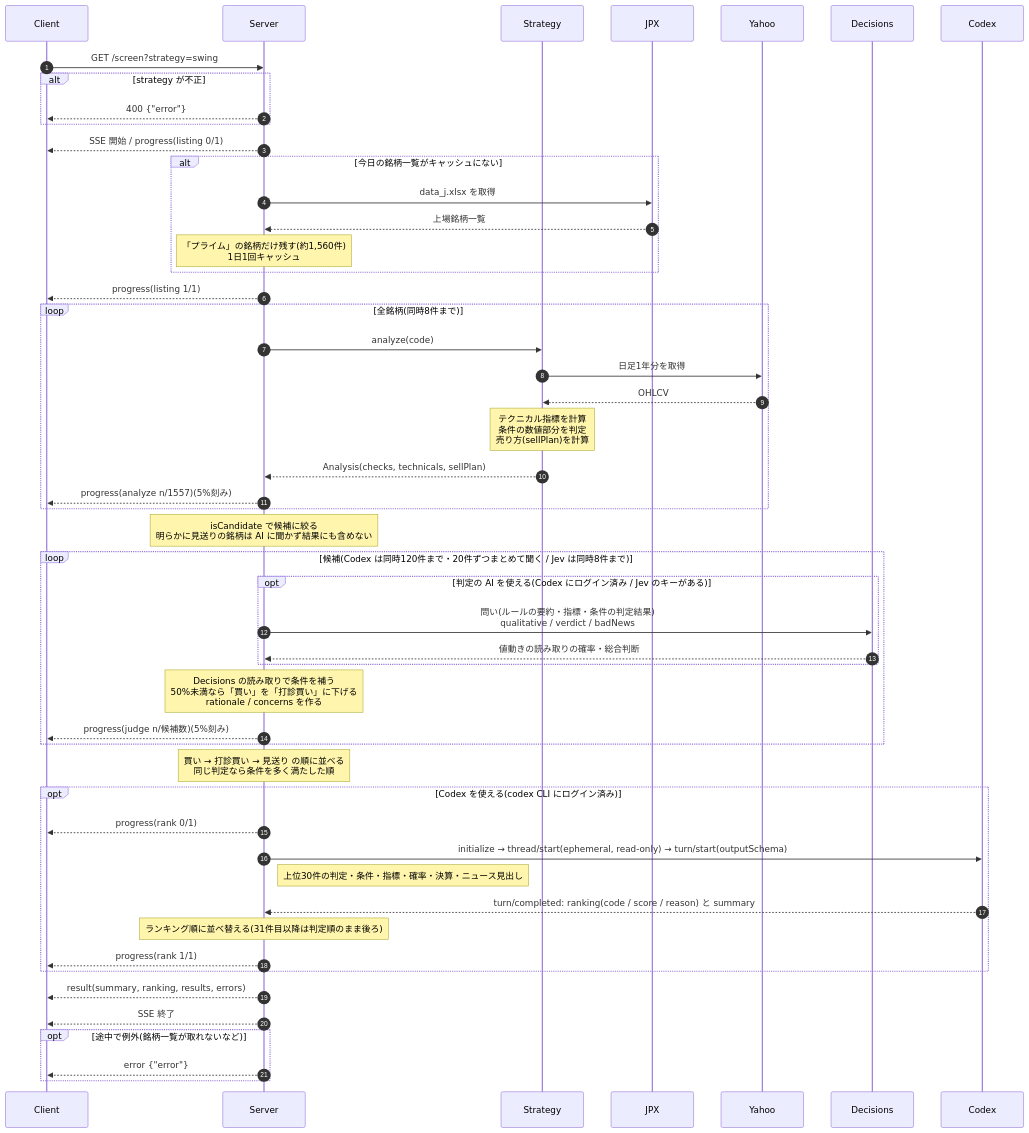
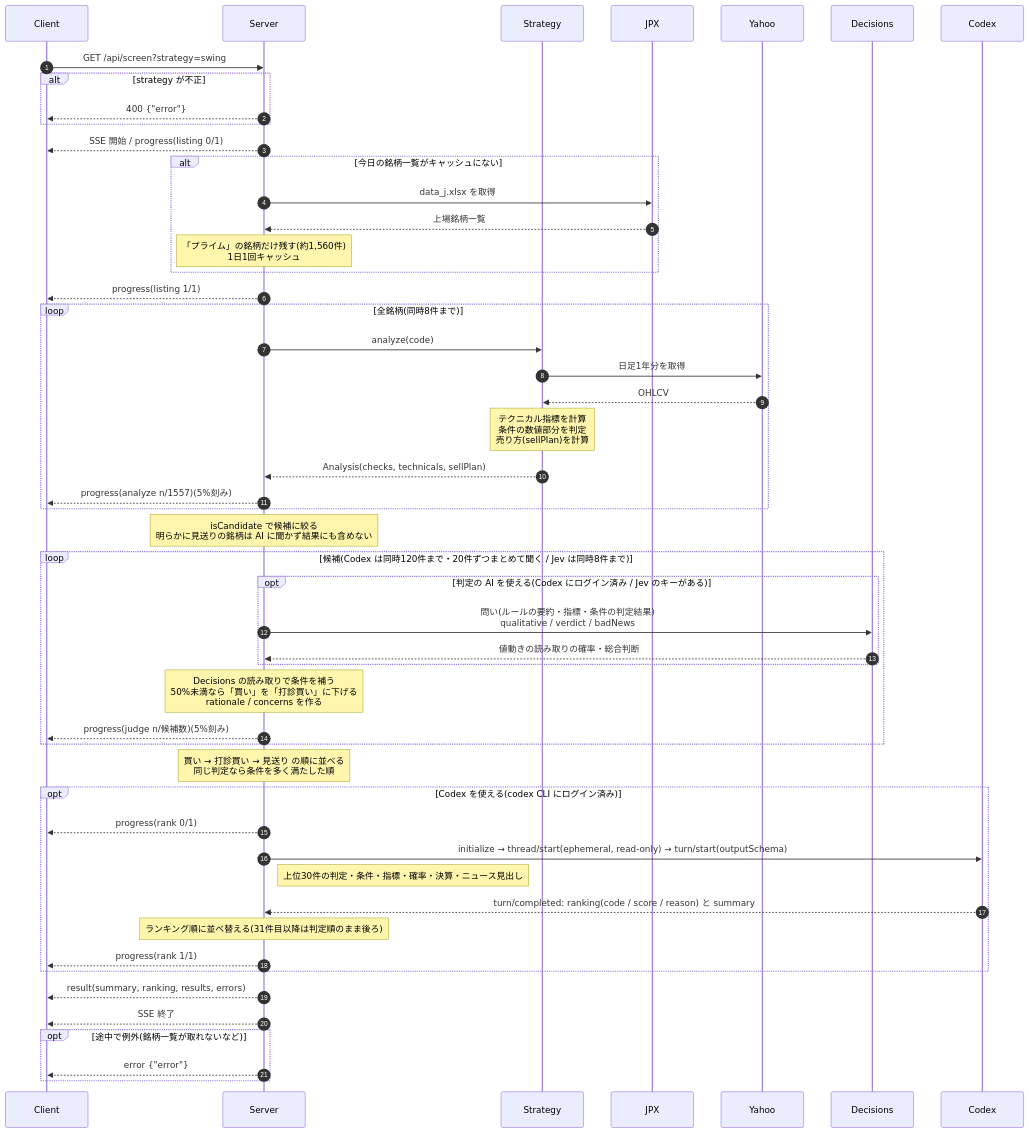
Before and after one commit to hukusuke1007/stock-analyzer: the first of 3 diagrams in docs/sequence.md, drawn with Mermaid. The commit also changed other lines of this file and 128 other files, not shown here.

````diff
--- a/docs/sequence.md
+++ b/docs/sequence.md
@@ -20,60 +20,60 @@
 ```mermaid
 sequenceDiagram
     autonumber
     participant C as Client
     participant S as Server
     participant ST as Strategy
     participant J as JPX
     participant Y as Yahoo
     participant JV as Decisions
     participant CX as Codex
 
-    C->>S: GET /screen?strategy=swing
+    C->>S: GET /api/screen?strategy=swing
     alt strategy が不正
         S-->>C: 400 {"error"}
     end
     S-->>C: SSE 開始 / progress(listing 0/1)
 
     alt 今日の銘柄一覧がキャッシュにない
         S->>J: data_j.xlsx を取得
         J-->>S: 上場銘柄一覧
         Note over S: 「プライム」の銘柄だけ残す(約1,560件)<br/>1日1回キャッシュ
     end
     S-->>C: progress(listing 1/1)
 
     loop 全銘柄(同時8件まで)
         S->>ST: analyze(code)
         ST->>Y: 日足1年分を取得
         Y-->>ST: OHLCV
         Note over ST: テクニカル指標を計算<br/>条件の数値部分を判定<br/>売り方(sellPlan)を計算
         ST-->>S: Analysis(checks, technicals, sellPlan)
         S-->>C: progress(analyze n/1557)(5%刻み)
     end
 
     Note over S: isCandidate で候補に絞る<br/>明らかに見送りの銘柄は AI に聞かず結果にも含めない
 
     loop 候補(Codex は同時120件まで・20件ずつまとめて聞く / Jev は同時8件まで)
         opt 判定の AI を使える(Codex にログイン済み / Jev のキーがある)
             S->>JV: 問い(ルールの要約・指標・条件の判定結果)<br/>qualitative / verdict / badNews
             JV-->>S: 値動きの読み取りの確率・総合判断
         end
         Note over S: Decisions の読み取りで条件を補う<br/>50%未満なら「買い」を「打診買い」に下げる<br/>rationale / concerns を作る
         S-->>C: progress(judge n/候補数)(5%刻み)
     end
 
     Note over S: 買い → 打診買い → 見送り の順に並べる<br/>同じ判定なら条件を多く満たした順
     opt Codex を使える(codex CLI にログイン済み)
         S-->>C: progress(rank 0/1)
         S->>CX: initialize → thread/start(ephemeral, read-only) → turn/start(outputSchema)
         Note right of S: 上位30件の判定・条件・指標・確率・決算・ニュース見出し
         CX-->>S: turn/completed: ranking(code / score / reason) と summary
         Note over S: ランキング順に並べ替える(31件目以降は判定順のまま後ろ)
         S-->>C: progress(rank 1/1)
     end
     S-->>C: result(summary, ranking, results, errors)
     S-->>C: SSE 終了
 
     opt 途中で例外(銘柄一覧が取れないなど)
         S-->>C: error {"error"}
     end
 ```
````
